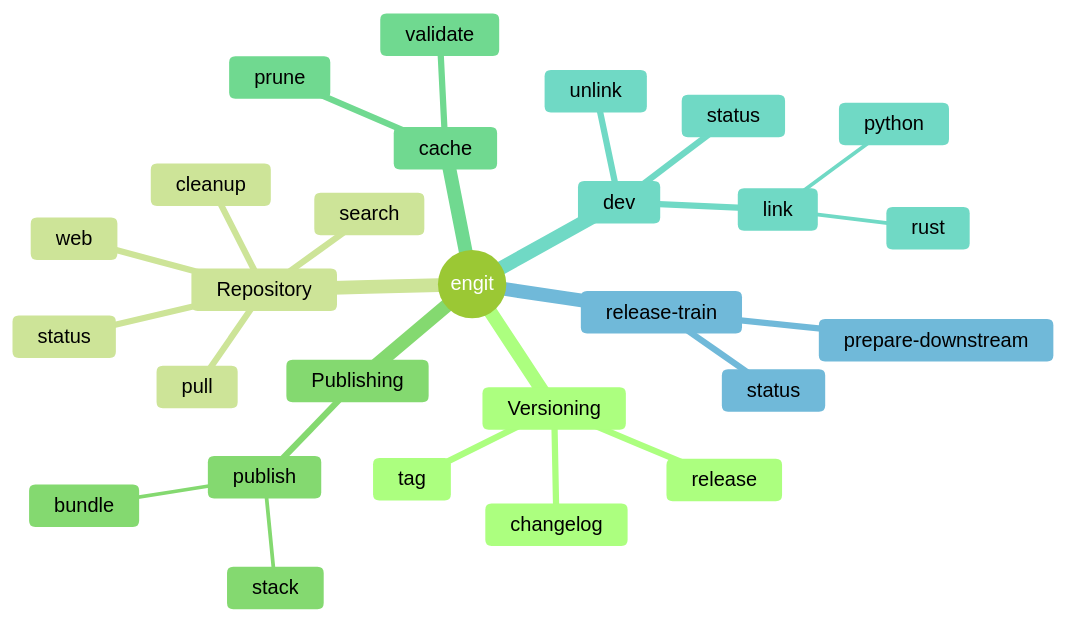
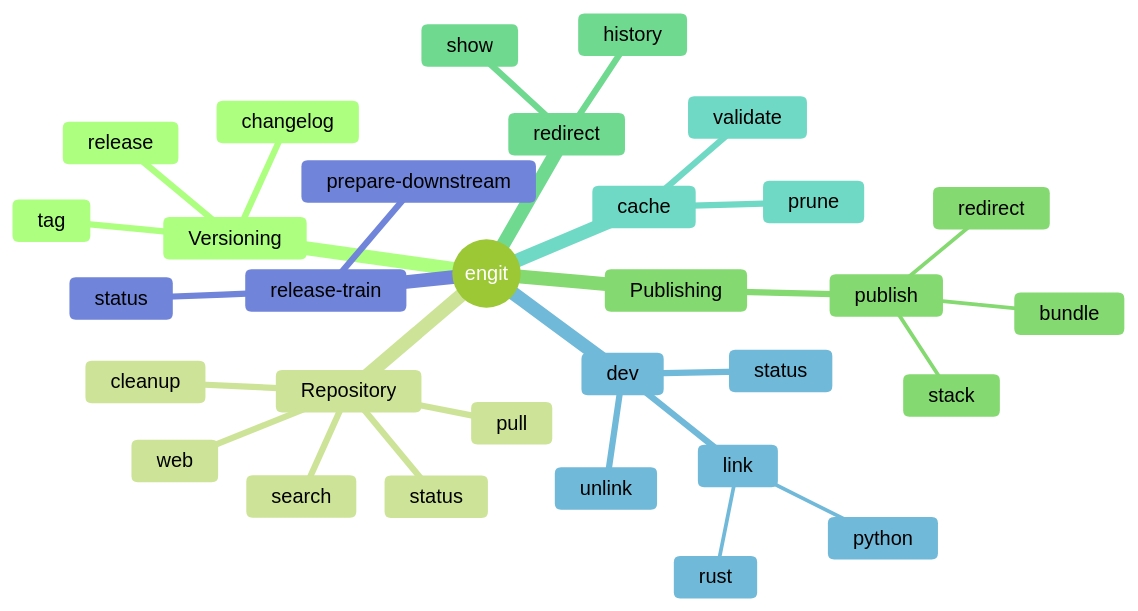
One commit to gtvfx-envoy/envoy_utils changed the diagram in docs/cli-reference/engit.md. Above: the diagram before and after it, drawn with Mermaid (forest theme). The commit also changed other lines of this file and 12 other files, not shown here.

First line of the commit message:
Add engit publish redirect, redirect show and redirect history

````diff
--- a/docs/cli-reference/engit.md
+++ b/docs/cli-reference/engit.md
@@ -7,30 +7,34 @@
 ```mermaid
 mindmap
   root((engit))
     Versioning
       tag
       release
       changelog
     Repository
       status
       cleanup
       pull
       web
       search
     Publishing
       publish
         bundle
         stack
+        redirect
+    redirect
+      show
+      history
     cache
       validate
       prune
     dev
       link
         rust
         python
       unlink
       status
     release-train
       status
       prepare-downstream
 ```
````
